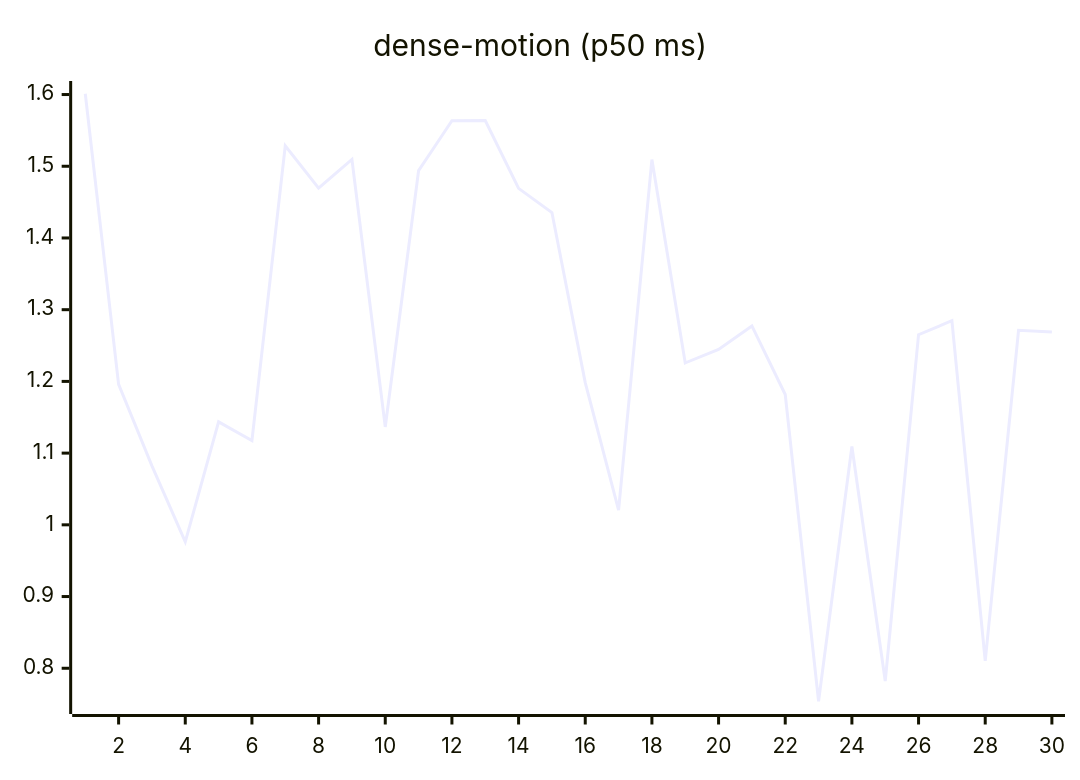
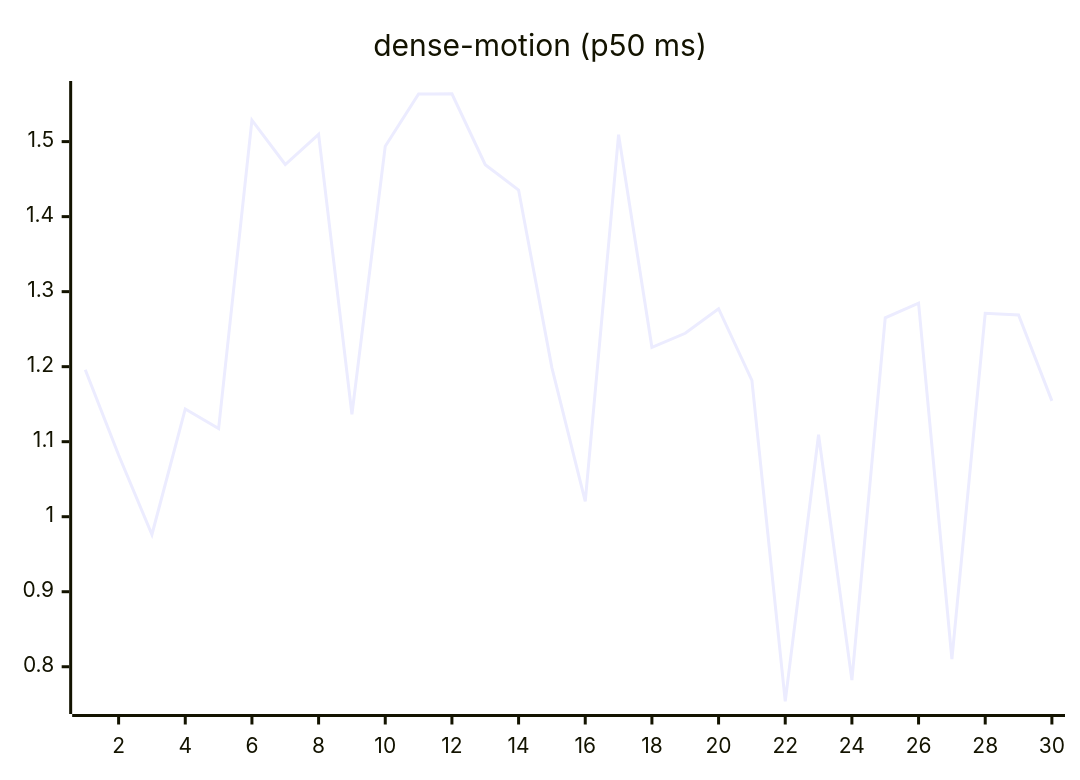
The ninth of 27 diagrams in README.md (josha/Facet), drawn with Mermaid before and after one commit. The commit also changed other lines of this file and 2 other files, not shown here.

````diff
--- a/README.md
+++ b/README.md
@@ -119,6 +119,6 @@
 ```mermaid
 xychart-beta
     title "dense-motion (p50 ms)"
     x-axis 1 --> 30
-    line [1.6011, 1.1959, 1.0823, 0.9763, 1.1436, 1.1174, 1.5286, 1.4695, 1.5096, 1.1365, 1.4939, 1.5634, 1.5638, 1.4692, 1.4355, 1.1984, 1.0205, 1.5093, 1.2258, 1.2445, 1.2773, 1.1817, 0.7540, 1.1093, 0.7822, 1.2651, 1.2846, 0.8102, 1.2712, 1.2688]
+    line [1.1959, 1.0823, 0.9763, 1.1436, 1.1174, 1.5286, 1.4695, 1.5096, 1.1365, 1.4939, 1.5634, 1.5638, 1.4692, 1.4355, 1.1984, 1.0205, 1.5093, 1.2258, 1.2445, 1.2773, 1.1817, 0.7540, 1.1093, 0.7822, 1.2651, 1.2846, 0.8102, 1.2712, 1.2688, 1.1544]
 ```
````
